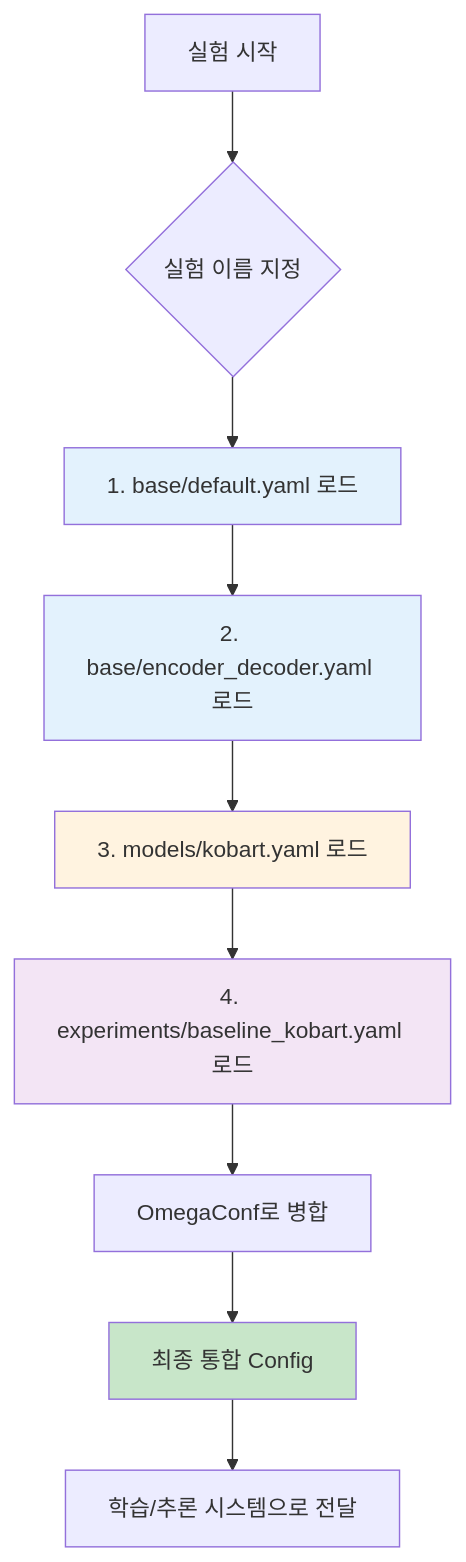
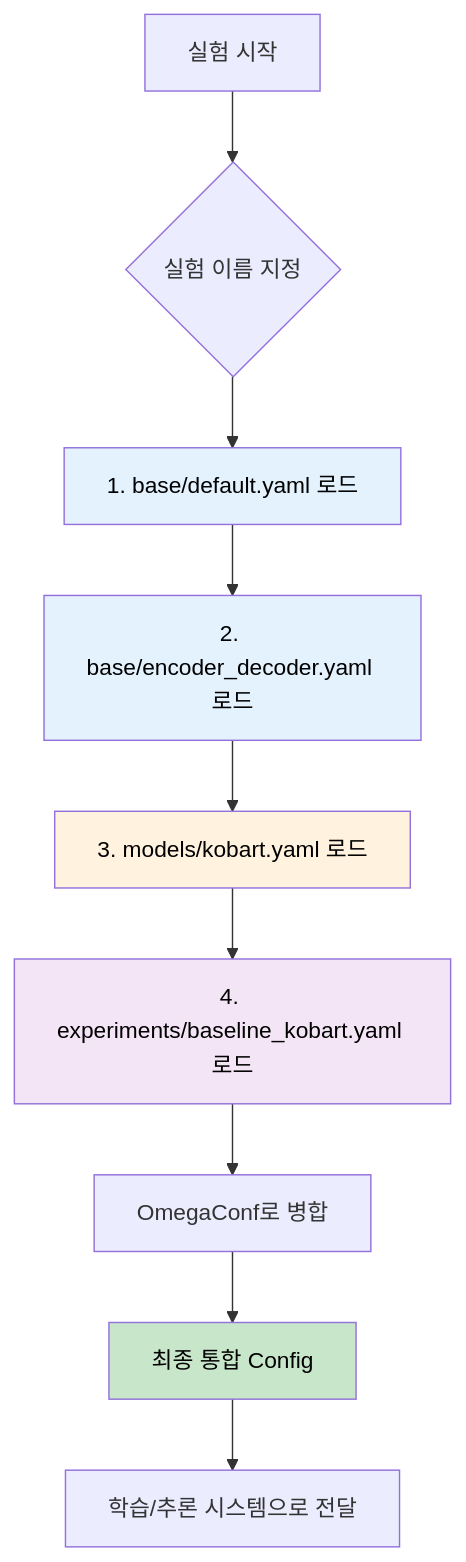
One commit to AIBootcamp14/naturallanguageprocessingcompetition-nlp-1 changed the fifth of 5 diagrams in docs/모듈화/02_핵심_시스템.md. Above: the diagram before and after it, drawn with Mermaid. The commit also changed other lines of this file and 3 other files, not shown here.

````diff
--- a/docs/모듈화/02_핵심_시스템.md
+++ b/docs/모듈화/02_핵심_시스템.md
@@ -445,19 +445,19 @@
 ```mermaid
 graph TD
     A[실험 시작] --> B{실험 이름 지정}
     B --> C[1. base/default.yaml 로드]
     C --> D[2. base/encoder_decoder.yaml 로드]
     D --> E[3. models/kobart.yaml 로드]
     E --> F[4. experiments/baseline_kobart.yaml 로드]
 
     F --> G[OmegaConf로 병합]
     G --> H[최종 통합 Config]
 
     H --> I[학습/추론 시스템으로 전달]
 
-    style C fill:#e3f2fd
-    style D fill:#e3f2fd
-    style E fill:#fff3e0
-    style F fill:#f3e5f5
-    style H fill:#c8e6c9
+    style C fill:#e3f2fd,color:#000
+    style D fill:#e3f2fd,color:#000
+    style E fill:#fff3e0,color:#000
+    style F fill:#f3e5f5,color:#000
+    style H fill:#c8e6c9,color:#000
 ```
````
